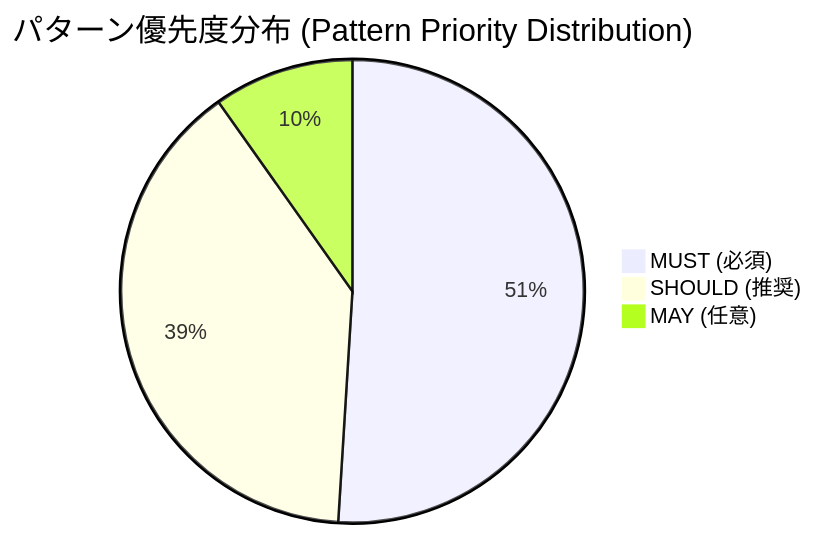
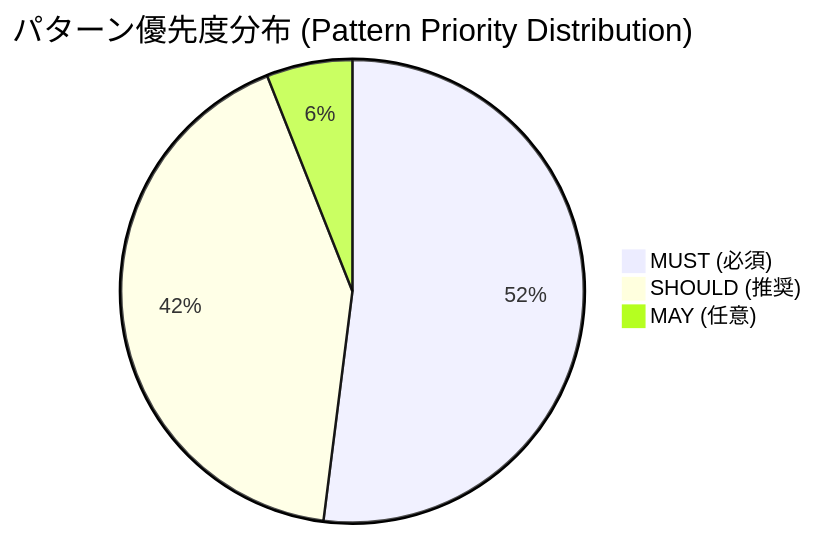
The first of 3 diagrams in docs/code-style-catalog/README.md (blitzy-public-samples/aws-carddemo-blitzy), drawn with Mermaid before and after one commit. The commit also changed other lines of this file and 1 other file, not shown here.

````diff
--- a/docs/code-style-catalog/README.md
+++ b/docs/code-style-catalog/README.md
@@ -109,6 +109,6 @@
 ```mermaid
 pie title パターン優先度分布 (Pattern Priority Distribution)
     "MUST (必須)" : 26
-    "SHOULD (推奨)" : 20
-    "MAY (任意)" : 5
+    "SHOULD (推奨)" : 21
+    "MAY (任意)" : 3
 ```
````
